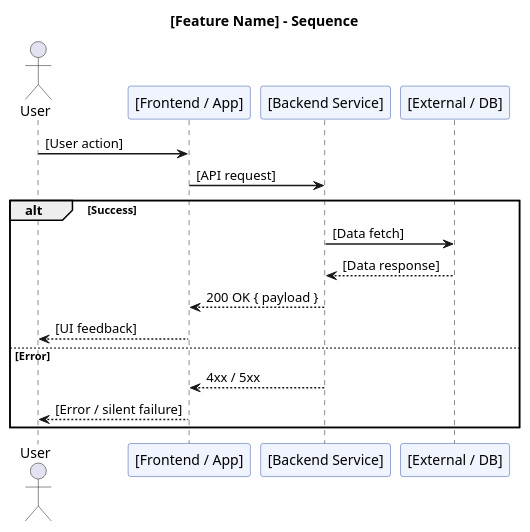
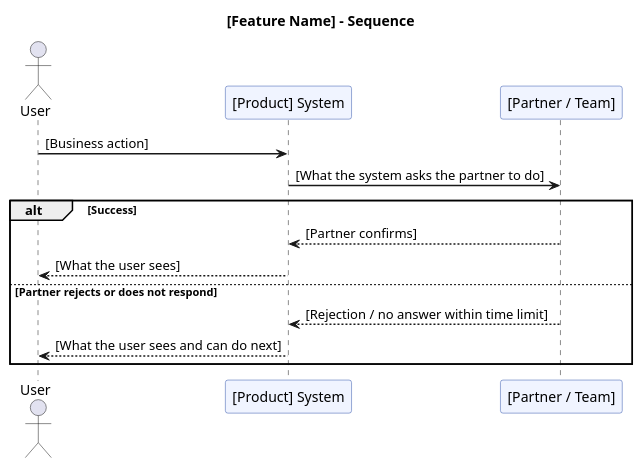
The second of 2 diagrams in knowledge-base/prd-template/diagram-writer/SKILL.md (Tuon-Tun/PRD_Vexere), drawn with PlantUML before and after one commit. The commit also changed other lines of this file and 15 other files, not shown here.

````diff
--- a/knowledge-base/prd-template/diagram-writer/SKILL.md
+++ b/knowledge-base/prd-template/diagram-writer/SKILL.md
@@ -184,27 +195,24 @@
 ```plantuml
 @startuml
 skinparam SequenceArrowThickness 1.5
 skinparam ParticipantBackgroundColor #f0f4ff
 skinparam ParticipantBorderColor #3355aa
 
 title [Feature Name] - Sequence
 
 actor User
-participant "[Frontend / App]" as App
-participant "[Backend Service]" as Service
-participant "[External / DB]" as Ext
+participant "[Product] System" as System
+participant "[Partner / Team]" as Partner
 
-User -> App: [User action]
-App -> Service: [API request]
+User -> System: [Business action]
+System -> Partner: [What the system asks the partner to do]
 
 alt Success
-  Service -> Ext: [Data fetch]
-  Ext --> Service: [Data response]
-  Service --> App: 200 OK { payload }
-  App --> User: [UI feedback]
-else Error
-  Service --> App: 4xx / 5xx
-  App --> User: [Error / silent failure]
+  Partner --> System: [Partner confirms]
+  System --> User: [What the user sees]
+else Partner rejects or does not respond
+  Partner --> System: [Rejection / no answer within time limit]
+  System --> User: [What the user sees and can do next]
 end
 @enduml
 ```
````
